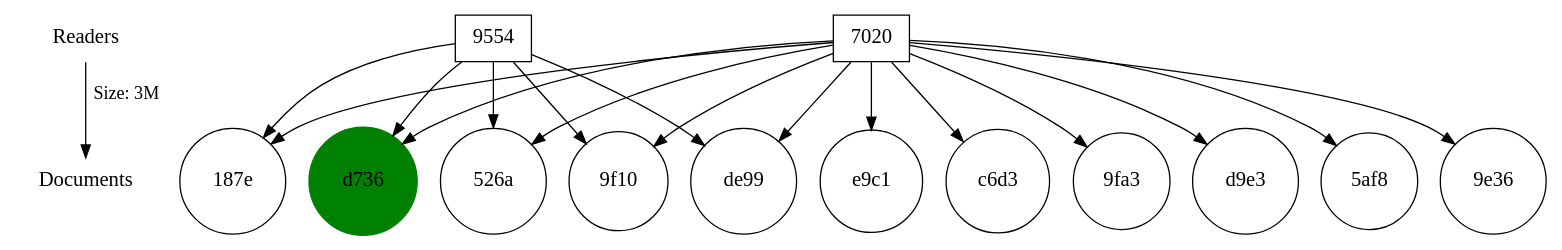
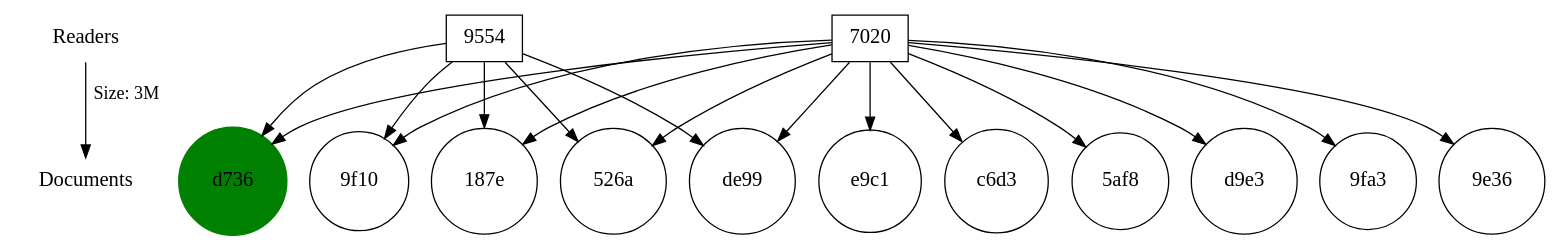
One commit to duncstin/F21SC_Coursework2 changed the diagram in test-output.gv. Above: the diagram before and after it, drawn with Graphviz. The commit also changed other lines of this file and 5 other files, not shown here.

```diff
--- a/test-output.gv
+++ b/test-output.gv
@@ -1,40 +1,40 @@
 digraph "Also likes" {
 	node [fontsize=16 shape=plaintext]
 	r [label=Readers]
 	d [label=Documents]
 	r -> d [label="Size: 3M"]
 	9554 [label=9554 rank=r shape=box]
+	d736 [label=d736 color=green rank=d shape=circle style=filled]
+	9554 -> d736
+	"9f10" [label="9f10" rank=d shape=circle]
+	9554 -> "9f10"
 	"187e" [label="187e" rank=d shape=circle]
 	9554 -> "187e"
-	d736 [label=d736 color=green rank=d shape=circle style=filled]
-	9554 -> d736
 	"526a" [label="526a" rank=d shape=circle]
 	9554 -> "526a"
-	"9f10" [label="9f10" rank=d shape=circle]
-	9554 -> "9f10"
 	de99 [label=de99 rank=d shape=circle]
 	9554 -> de99
 	7020 [label=7020 rank=r shape=box]
+	e9c1 [label=e9c1 rank=d shape=circle]
+	7020 -> e9c1
+	d736 [label=d736 color=green rank=d shape=circle style=filled]
+	7020 -> d736
+	"9f10" [label="9f10" rank=d shape=circle]
+	7020 -> "9f10"
 	"187e" [label="187e" rank=d shape=circle]
 	7020 -> "187e"
-	d736 [label=d736 color=green rank=d shape=circle style=filled]
-	7020 -> d736
-	e9c1 [label=e9c1 rank=d shape=circle]
-	7020 -> e9c1
 	c6d3 [label=c6d3 rank=d shape=circle]
 	7020 -> c6d3
+	"526a" [label="526a" rank=d shape=circle]
+	7020 -> "526a"
+	"5af8" [label="5af8" rank=d shape=circle]
+	7020 -> "5af8"
+	d9e3 [label=d9e3 rank=d shape=circle]
+	7020 -> d9e3
 	"9fa3" [label="9fa3" rank=d shape=circle]
 	7020 -> "9fa3"
-	d9e3 [label=d9e3 rank=d shape=circle]
-	7020 -> d9e3
-	"5af8" [label="5af8" rank=d shape=circle]
-	7020 -> "5af8"
-	"526a" [label="526a" rank=d shape=circle]
-	7020 -> "526a"
-	"9f10" [label="9f10" rank=d shape=circle]
-	7020 -> "9f10"
+	de99 [label=de99 rank=d shape=circle]
+	7020 -> de99
 	"9e36" [label="9e36" rank=d shape=circle]
 	7020 -> "9e36"
-	de99 [label=de99 rank=d shape=circle]
-	7020 -> de99
 }
```
